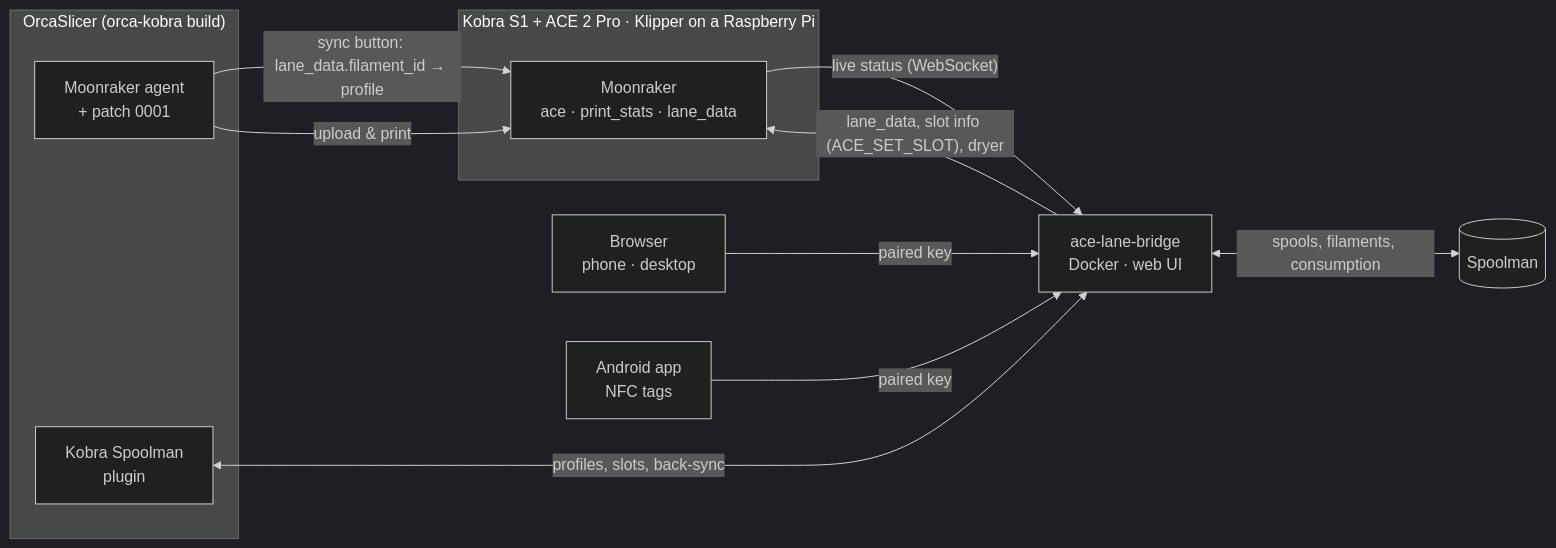
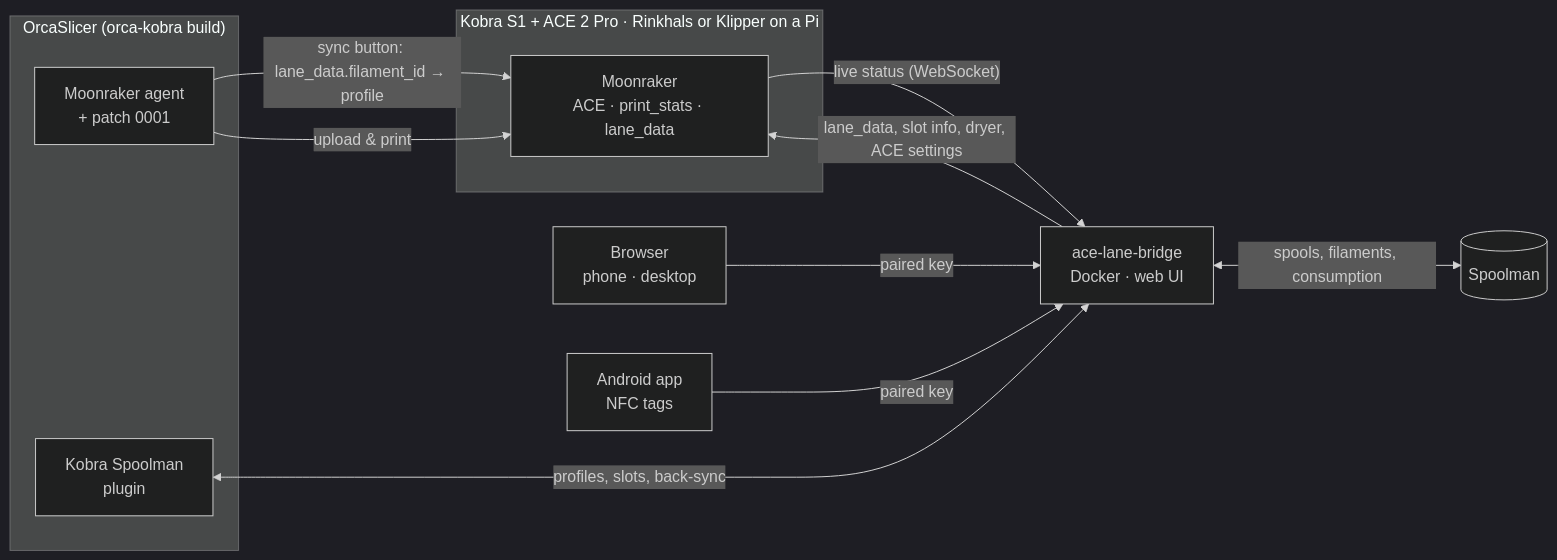
The diagram in README.md (xNoVoSx/kobra-spoolman), drawn with Mermaid (dark theme) before and after one commit. The commit also changed other lines of this file and 41 other files, not shown here.

First line of the commit message:
Release 3.12.0 (plugin 0.7.0, app 1.15.0): docs for both setups (Rinkhals, Klipper + ACEPRO), AI notice, English screenshots

````diff
--- a/README.md
+++ b/README.md
@@ -63,23 +68,23 @@
 ```mermaid
 flowchart LR
-    subgraph Printer["Kobra S1 + ACE 2 Pro · Klipper on a Raspberry Pi"]
-        MR[Moonraker<br/>ace · print_stats · lane_data]
+    subgraph Printer["Kobra S1 + ACE 2 Pro · Rinkhals or Klipper on a Pi"]
+        MR[Moonraker<br/>ACE · print_stats · lane_data]
     end
     SM[(Spoolman)]
     BR[ace-lane-bridge<br/>Docker · web UI]
     subgraph PC["OrcaSlicer (orca-kobra build)"]
         AG[Moonraker agent<br/>+ patch 0001]
         PL[Kobra Spoolman<br/>plugin]
     end
     Web[Browser<br/>phone · desktop]
     App[Android app<br/>NFC tags]
 
     MR -- "live status (WebSocket)" --> BR
-    BR -- "lane_data, slot info (ACE_SET_SLOT), dryer" --> MR
+    BR -- "lane_data, slot info, dryer, ACE settings" --> MR
     BR <-->|"spools, filaments, consumption"| SM
     Web -- "paired key" --> BR
     App -- "paired key" --> BR
     PL <-->|"profiles, slots, back-sync"| BR
     AG -- "sync button: lane_data.filament_id → profile" --> MR
     AG -- "upload & print" --> MR
 ```
````
